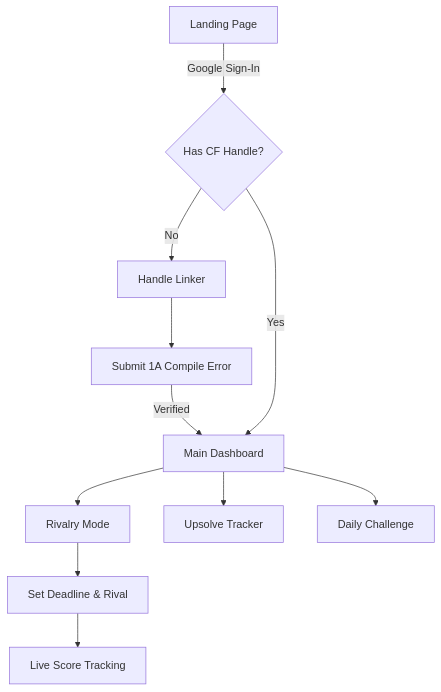
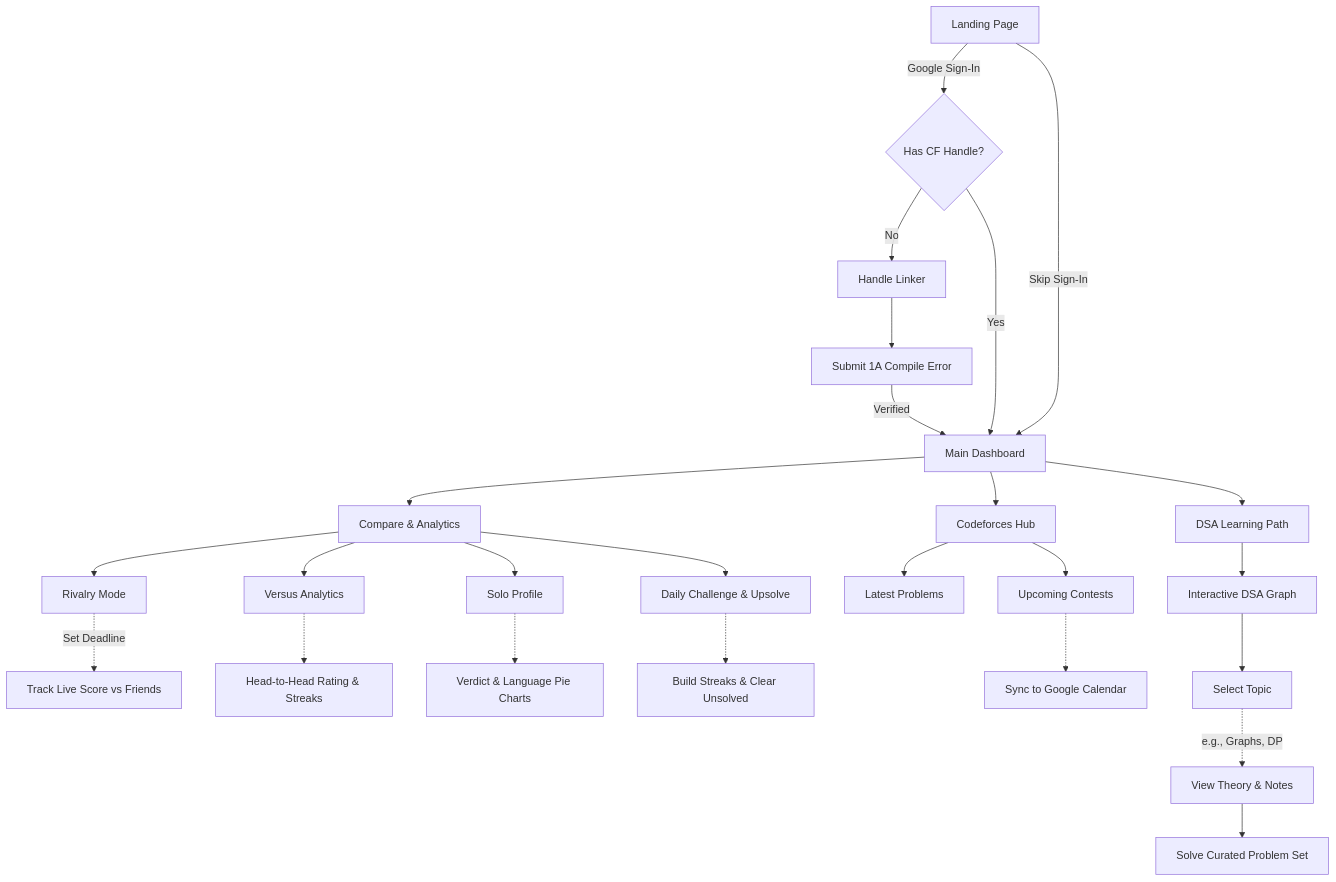
The diagram in README.md (Xploit-Ghost/Codeforces-Tracker), drawn with Mermaid before and after one commit.

Commit message:
Update Mermaid Workflow to include DSA Path and all features

````diff
--- a/README.md
+++ b/README.md
@@ -76,15 +76,37 @@
 ```mermaid
 graph TD
     A[Landing Page] -->|Google Sign-In| B{Has CF Handle?}
     B -->|No| C[Handle Linker]
     C --> D[Submit 1A Compile Error]
     D -->|Verified| E[Main Dashboard]
     B -->|Yes| E
+    A -->|Skip Sign-In| E
     
-    E --> F[Rivalry Mode]
-    E --> G[Upsolve Tracker]
-    E --> H[Daily Challenge]
+    E --> F[Compare & Analytics]
+    E --> G[Codeforces Hub]
+    E --> H[DSA Learning Path]
     
-    F --> I[Set Deadline & Rival]
-    I --> J[Live Score Tracking]
+    %% Compare & Analytics Branch
+    F --> F1[Rivalry Mode]
+    F1 -.->|Set Deadline| F1a[Track Live Score vs Friends]
+    
+    F --> F2[Versus Analytics]
+    F2 -.-> F2a[Head-to-Head Rating & Streaks]
+    
+    F --> F3[Solo Profile]
+    F3 -.-> F3a[Verdict & Language Pie Charts]
+    
+    F --> F4[Daily Challenge & Upsolve]
+    F4 -.-> F4a[Build Streaks & Clear Unsolved]
+    
+    %% Codeforces Hub
+    G --> G1[Latest Problems]
+    G --> G2[Upcoming Contests]
+    G2 -.-> G2a[Sync to Google Calendar]
+    
+    %% DSA Learning Path Branch
+    H --> H1[Interactive DSA Graph]
+    H1 --> H2[Select Topic]
+    H2 -.->|e.g., Graphs, DP| H3[View Theory & Notes]
+    H3 --> H4[Solve Curated Problem Set]
 ```
````
